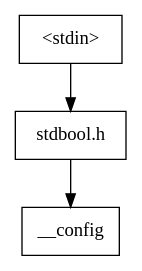
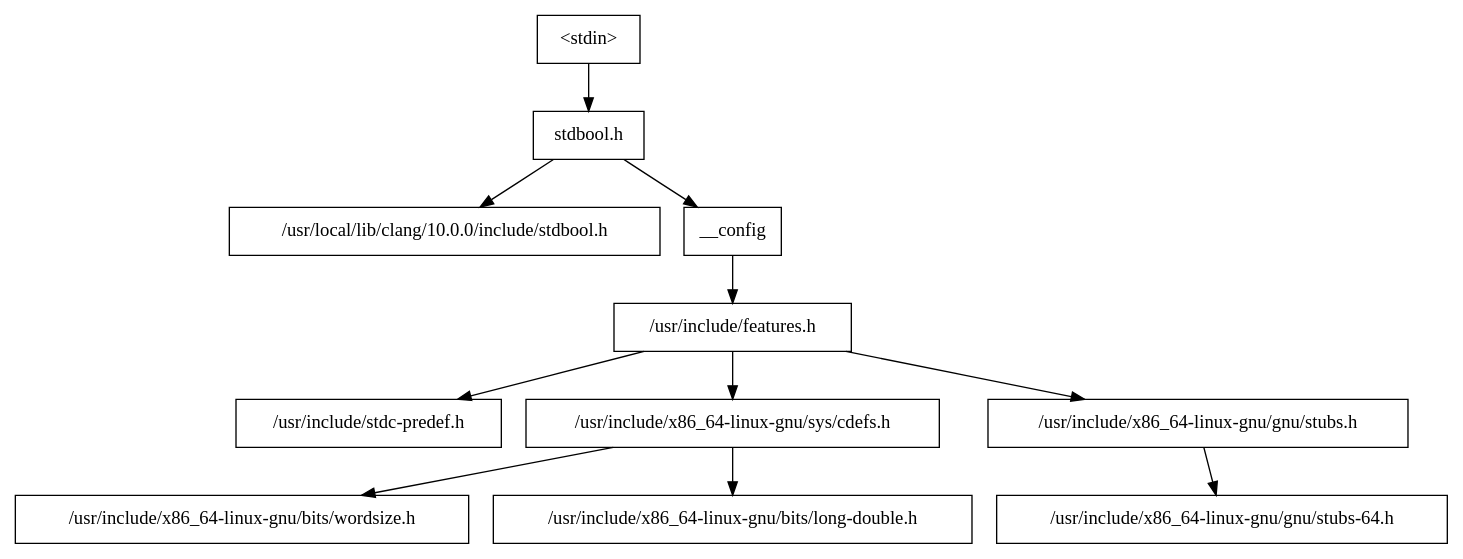
Before and after one commit to efcs/libcxx: the diagram in header_deps_libcxx_only/stdbool.h.dot, drawn with Graphviz. The commit also changed 111 other files, not shown here.

```diff
--- a/header_deps_libcxx_only/stdbool.h.dot
+++ b/header_deps_libcxx_only/stdbool.h.dot
@@ -1,7 +1,23 @@
 digraph "dependencies" {
   header_0 [ shape="box", label="\<stdin\>" ];
   header_1 [ shape="box", label="stdbool.h" ];
+  header_11 [ shape="box", label="/usr/local/lib/clang/10.0.0/include/stdbool.h" ];
   header_2 [ shape="box", label="__config" ];
+  header_3 [ shape="box", label="/usr/include/features.h" ];
+  header_4 [ shape="box", label="/usr/include/stdc-predef.h" ];
+  header_5 [ shape="box", label="/usr/include/x86_64-linux-gnu/sys/cdefs.h" ];
+  header_6 [ shape="box", label="/usr/include/x86_64-linux-gnu/bits/wordsize.h" ];
+  header_7 [ shape="box", label="/usr/include/x86_64-linux-gnu/bits/long-double.h" ];
+  header_8 [ shape="box", label="/usr/include/x86_64-linux-gnu/gnu/stubs.h" ];
+  header_9 [ shape="box", label="/usr/include/x86_64-linux-gnu/gnu/stubs-64.h" ];
+  header_5 -> header_6;
+  header_5 -> header_7;
+  header_2 -> header_3;
+  header_3 -> header_4;
+  header_3 -> header_5;
+  header_3 -> header_8;
   header_0 -> header_1;
   header_1 -> header_2;
+  header_1 -> header_11;
+  header_8 -> header_9;
 }
```
